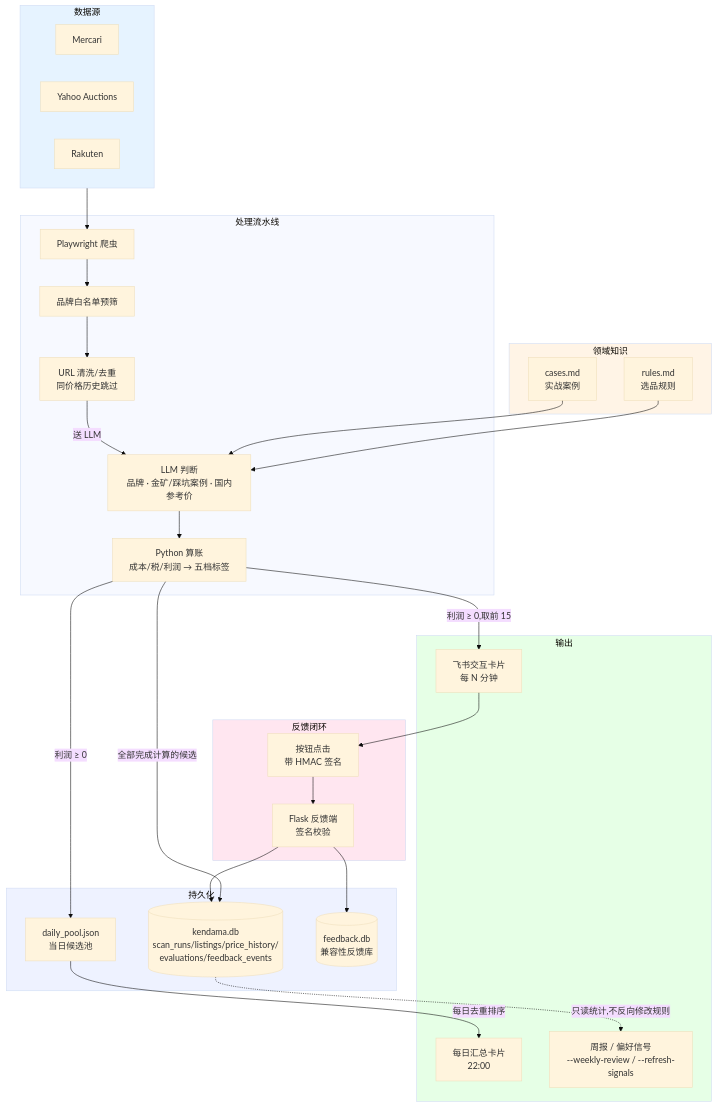
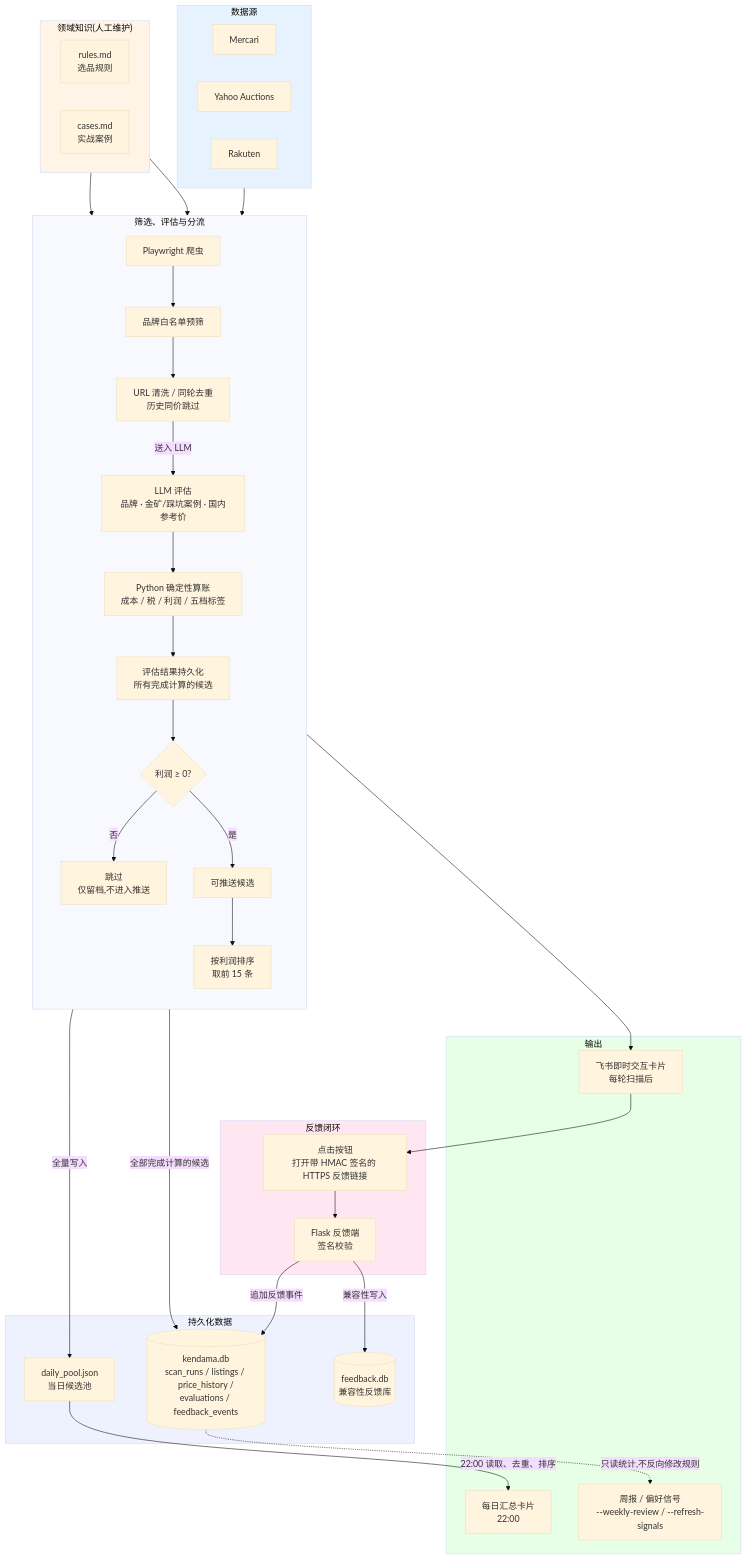
Before and after one commit to Pine369/kendama-selector: the diagram in README.md, drawn with Mermaid (base theme). The commit also changed other lines of this file, not shown here.

Commit message:
docs: clarify architecture data flow
Redraw the README architecture diagram so profit >= 0 branches to a
single "pushable candidates" set instead of two parallel edges, and
rewrite the accompanying flow description to match.

````diff
--- a/README.md
+++ b/README.md
@@ -80,57 +80,72 @@
 ```mermaid
 flowchart TB
     subgraph Sources["数据源"]
+        direction LR
         A1[Mercari]
         A2[Yahoo Auctions]
         A3[Rakuten]
     end
 
-    subgraph Pipeline["处理流水线"]
-        B[Playwright 爬虫]
-        C[品牌白名单预筛]
-        C2[URL 清洗/去重<br/>同价格历史跳过]
-        D[LLM 判断<br/>品牌 · 金矿/踩坑案例 · 国内参考价]
-        E[Python 算账<br/>成本/税/利润 → 五档标签]
-    end
-
-    subgraph Knowledge["领域知识"]
+    subgraph Knowledge["领域知识(人工维护)"]
+        direction LR
         K1[rules.md<br/>选品规则]
         K2[cases.md<br/>实战案例]
     end
 
-    subgraph Storage["持久化"]
-        S1[(kendama.db<br/>scan_runs/listings/price_history/<br/>evaluations/feedback_events)]
+    subgraph Pipeline["筛选、评估与分流"]
+        direction TB
+        B[Playwright 爬虫]
+        C[品牌白名单预筛]
+        C2[URL 清洗 / 同轮去重<br/>历史同价跳过]
+        D[LLM 评估<br/>品牌 · 金矿/踩坑案例 · 国内参考价]
+        E[Python 确定性算账<br/>成本 / 税 / 利润 / 五档标签]
+        R[评估结果持久化<br/>所有完成计算的候选]
+        P{利润 ≥ 0?}
+        Q[可推送候选]
+        T[按利润排序<br/>取前 15 条]
+        X[跳过<br/>仅留档,不进入推送]
+    end
+
+    subgraph Storage["持久化数据"]
+        S1[(kendama.db<br/>scan_runs / listings / price_history /<br/>evaluations / feedback_events)]
         S2[daily_pool.json<br/>当日候选池]
         S3[(feedback.db<br/>兼容性反馈库)]
     end
 
     subgraph Outputs["输出"]
-        O1[飞书交互卡片<br/>每 N 分钟]
+        O1[飞书即时交互卡片<br/>每轮扫描后]
         O2[每日汇总卡片<br/>22:00]
         O3[周报 / 偏好信号<br/>--weekly-review / --refresh-signals]
     end
 
     subgraph Feedback["反馈闭环"]
-        F1[按钮点击<br/>带 HMAC 签名]
+        F1[点击按钮<br/>打开带 HMAC 签名的 HTTPS 反馈链接]
         F2[Flask 反馈端<br/>签名校验]
     end
 
     Sources --> B --> C --> C2
     K1 --> D
     K2 --> D
-    C2 -->|送 LLM| D --> E
-    E -->|全部完成计算的候选| S1
-    E -->|利润 ≥ 0| S2
-    E -->|利润 ≥ 0,取前 15| O1
-    S2 -->|每日去重排序| O2
+    C2 -->|送入 LLM| D --> E
+
+    E --> R
+    R -->|全部完成计算的候选| S1
+    R --> P
+
+    P -->|否| X
+    P -->|是| Q
+    Q -->|全量写入| S2
+    Q --> T --> O1
+    S2 -->|22:00 读取、去重、排序| O2
+
     O1 --> F1 --> F2
-    F2 --> S3
-    F2 --> S1
+    F2 -->|兼容性写入| S3
+    F2 -->|追加反馈事件| S1
     S1 -.只读统计,不反向修改规则.-> O3
 
     style Knowledge fill:#fff4e6
     style Sources fill:#e6f3ff
     style Outputs fill:#e6ffe6
     style Feedback fill:#ffe6f0
     style Storage fill:#eef2ff
 ```
````
